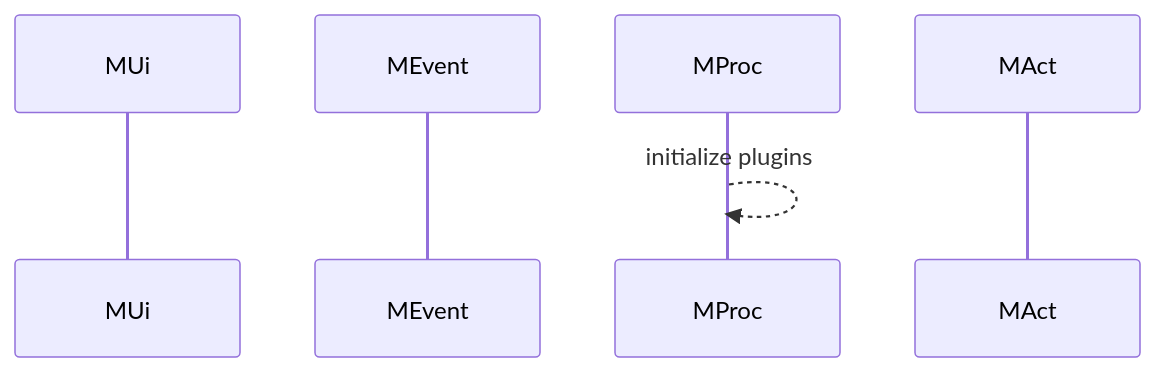
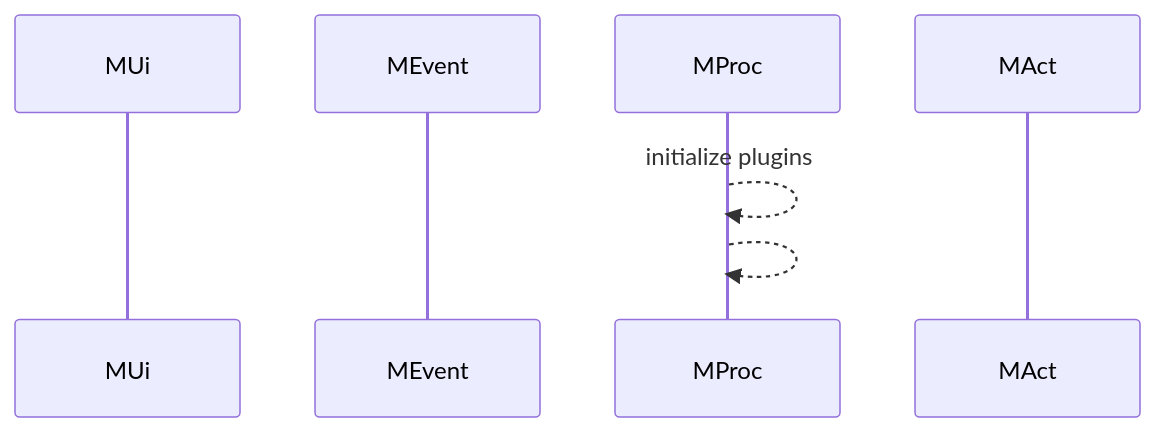
The second of 5 diagrams in flutter/android_to_flutter.md (gordianknotC/nxp_note), drawn with Mermaid before and after one commit. The commit also changed other lines of this file, not shown here.

````diff
--- a/flutter/android_to_flutter.md
+++ b/flutter/android_to_flutter.md
@@ -1,9 +10,10 @@
 ```mermaid
 sequenceDiagram
 participant MUi
 participant MEvent
 participant MProc
 participant MAct
 
 MProc-->>MProc: initialize plugins
+MProc-->>MProc: 
 ```
````
